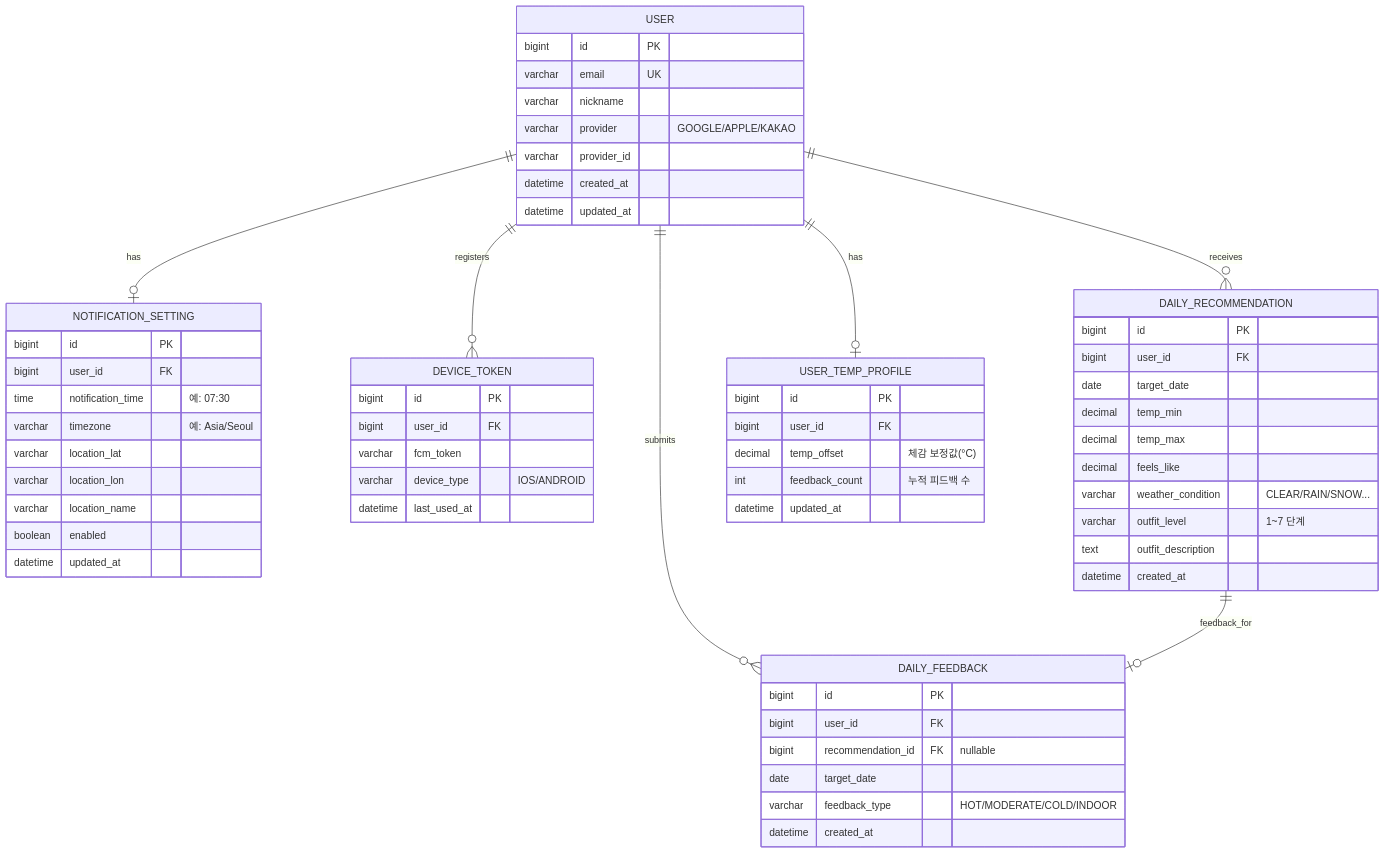
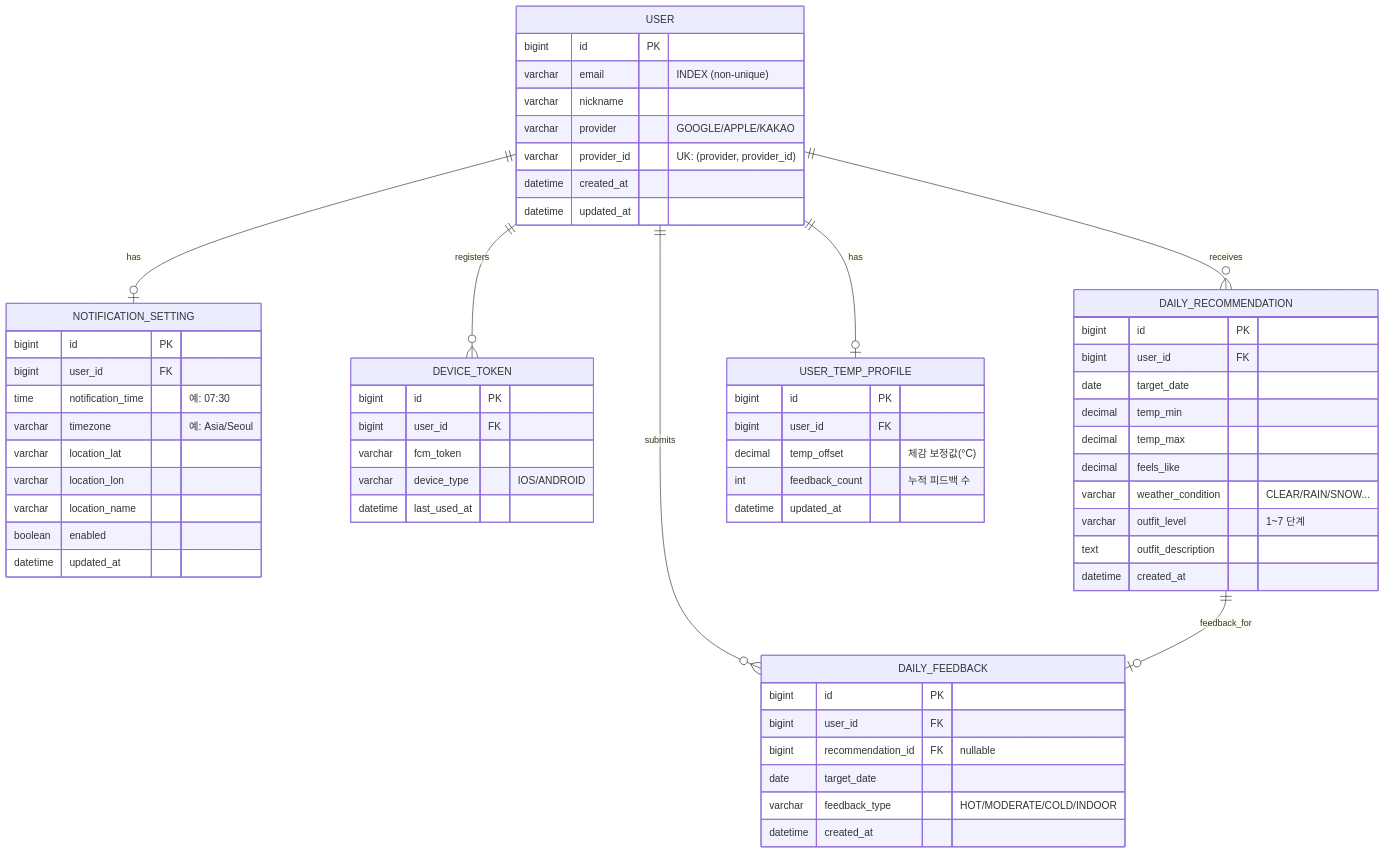
Before and after one commit to najang/OMO: the diagram in docs/04-erd.md, drawn with Mermaid. The commit also changed other lines of this file, not shown here.

Commit message:
OMO-19 docs: ERD USER 테이블 UK 설계 수정
email UK → (provider, provider_id) UK
동일 이메일로 다른 provider 가입 시 별개 계정 처리 정책 반영

````diff
--- a/docs/04-erd.md
+++ b/docs/04-erd.md
@@ -3,69 +3,69 @@
 ```mermaid
 erDiagram
     USER ||--o| NOTIFICATION_SETTING : has
     USER ||--o{ DEVICE_TOKEN : registers
     USER ||--o{ DAILY_RECOMMENDATION : receives
     USER ||--o{ DAILY_FEEDBACK : submits
     USER ||--o| USER_TEMP_PROFILE : has
     DAILY_RECOMMENDATION ||--o| DAILY_FEEDBACK : "feedback_for"
 
     USER {
         bigint id PK
-        varchar email UK
+        varchar email "INDEX (non-unique)"
         varchar nickname
         varchar provider "GOOGLE/APPLE/KAKAO"
-        varchar provider_id
+        varchar provider_id "UK: (provider, provider_id)"
         datetime created_at
         datetime updated_at
     }
 
     NOTIFICATION_SETTING {
         bigint id PK
         bigint user_id FK
         time notification_time "예: 07:30"
         varchar timezone "예: Asia/Seoul"
         varchar location_lat
         varchar location_lon
         varchar location_name
         boolean enabled
         datetime updated_at
     }
 
     DEVICE_TOKEN {
         bigint id PK
         bigint user_id FK
         varchar fcm_token
         varchar device_type "IOS/ANDROID"
         datetime last_used_at
     }
 
     DAILY_RECOMMENDATION {
         bigint id PK
         bigint user_id FK
         date target_date
         decimal temp_min
         decimal temp_max
         decimal feels_like
         varchar weather_condition "CLEAR/RAIN/SNOW..."
         varchar outfit_level "1~7 단계"
         text outfit_description
         datetime created_at
     }
 
     DAILY_FEEDBACK {
         bigint id PK
         bigint user_id FK
         bigint recommendation_id FK "nullable"
         date target_date
         varchar feedback_type "HOT/MODERATE/COLD/INDOOR"
         datetime created_at
     }
 
     USER_TEMP_PROFILE {
         bigint id PK
         bigint user_id FK
         decimal temp_offset "체감 보정값(°C)"
         int feedback_count "누적 피드백 수"
         datetime updated_at
     }
 ```
````
